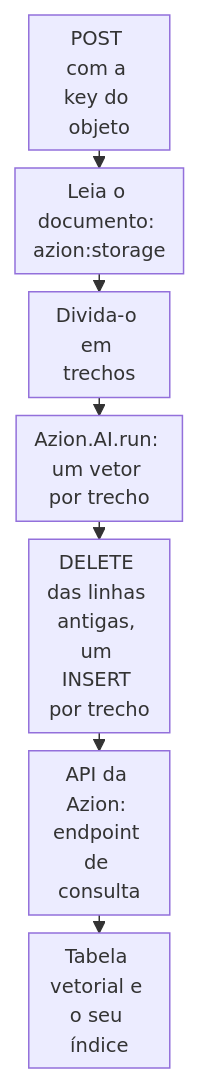
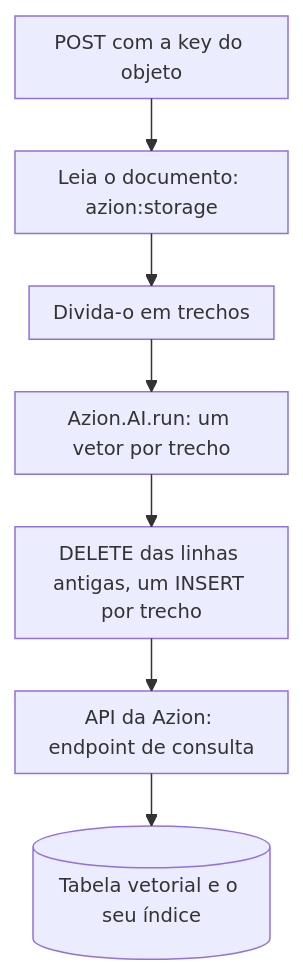
One commit to aziontech/docs changed the diagram in apps/docs/src/content/docs/pt-br/pages/guias/agentes-e-rag/gerar-embeddings-de-documentos-em-uma-tabela-vetorial.mdx. Above: the diagram before and after it, drawn with Mermaid. The commit also changed 179 other files, not shown here.

Commit message:
docs(diagrams): redraw every other diagram in the use-case diagram style (#2513)

````diff
--- a/apps/docs/src/content/docs/pt-br/pages/guias/agentes-e-rag/gerar-embeddings-de-documentos-em-uma-tabela-vetorial.mdx
+++ b/apps/docs/src/content/docs/pt-br/pages/guias/agentes-e-rag/gerar-embeddings-de-documentos-em-uma-tabela-vetorial.mdx
@@ -18,10 +18,10 @@
 ```mermaid
-%%{init: {"layout": "dagre", "themeVariables": {"fontSize": "13px"}, "flowchart": {"nodeSpacing": 12, "rankSpacing": 12, "padding": 6, "wrappingWidth": 70, "minNodeWidth": 40, "useMaxWidth": true}}}%%
+%%{init: {"layout": "elk", "themeVariables": {"fontSize": "13px"}, "flowchart": {"nodeSpacing": 24, "rankSpacing": 36, "padding": 8, "wrappingWidth": 150, "useMaxWidth": true}, "sequence": {"width": 120, "actorMargin": 30, "useMaxWidth": true}}}%%
 flowchart TD
   Req["POST com a key do objeto"] --> Read["Leia o documento: azion:storage"]
   Read --> Split["Divida-o em trechos"]
   Split --> Embed["Azion.AI.run: um vetor por trecho"]
   Embed --> Statements["DELETE das linhas antigas, um INSERT por trecho"]
   Statements --> Api["API da Azion: endpoint de consulta"]
-  Api --> Table["Tabela vetorial e o seu índice"]
+  Api --> Table[("Tabela vetorial e o seu índice")]
 ```
````
